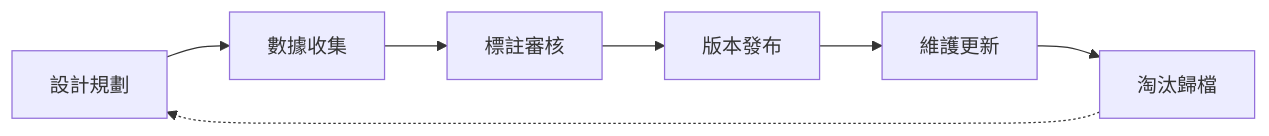
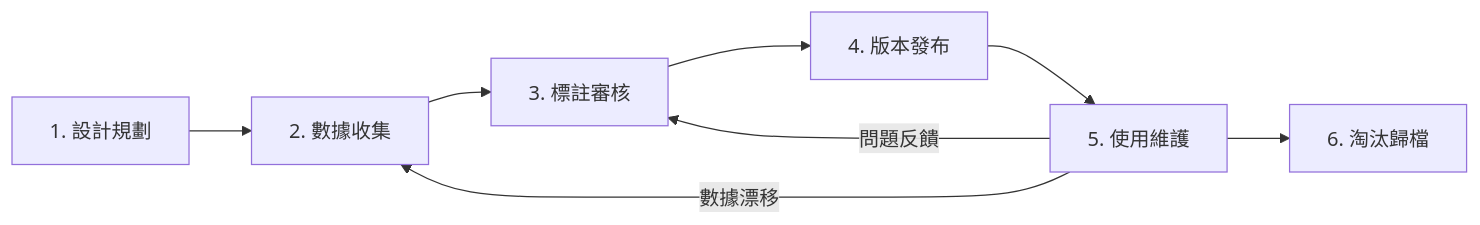
The first of 3 diagrams in docs/benchmarking/golden-datasets/lifecycle.md (CaoCharles/llm-evaluation-notes), drawn with Mermaid before and after one commit. The commit also changed other lines of this file and 5 other files, not shown here.

````diff
--- a/docs/benchmarking/golden-datasets/lifecycle.md
+++ b/docs/benchmarking/golden-datasets/lifecycle.md
@@ -7,9 +7,11 @@
 ```mermaid
 graph LR
-    A["設計規劃"] --> B["數據收集"]
-    B --> C["標註審核"]
-    C --> D["版本發布"]
-    D --> E["維護更新"]
-    E --> F["淘汰歸檔"]
-    F -.-> A
+    A["1. 設計規劃"] --> B["2. 數據收集"]
+    B --> C["3. 標註審核"]
+    C --> D["4. 版本發布"]
+    D --> E["5. 使用維護"]
+    E --> F["6. 淘汰歸檔"]
+    
+    E --> |"數據漂移"| B
+    E --> |"問題反饋"| C
 ```
````
